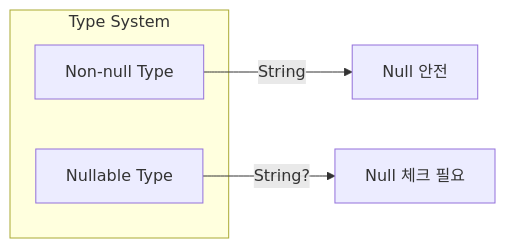
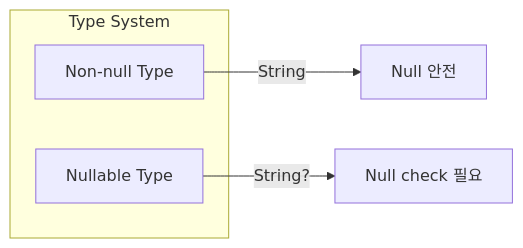
Before and after one commit to choesimin/choesimin.github.io: the diagram in collections/_notes/language/kotlin/basic/null-safety.md, drawn with Mermaid. The commit also changed 7 other files, not shown here.

````diff
--- a/collections/_notes/language/kotlin/basic/null-safety.md
+++ b/collections/_notes/language/kotlin/basic/null-safety.md
@@ -16,10 +16,10 @@
 ```mermaid
 flowchart LR
     subgraph type_system[Type System]
         nonnull[Non-null Type]
         nullable[Nullable Type]
     end
 
     nonnull -->|"String"| safe[Null 안전]
-    nullable -->|"String?"| check[Null 체크 필요]
+    nullable -->|"String?"| check[Null check 필요]
 ```
````
